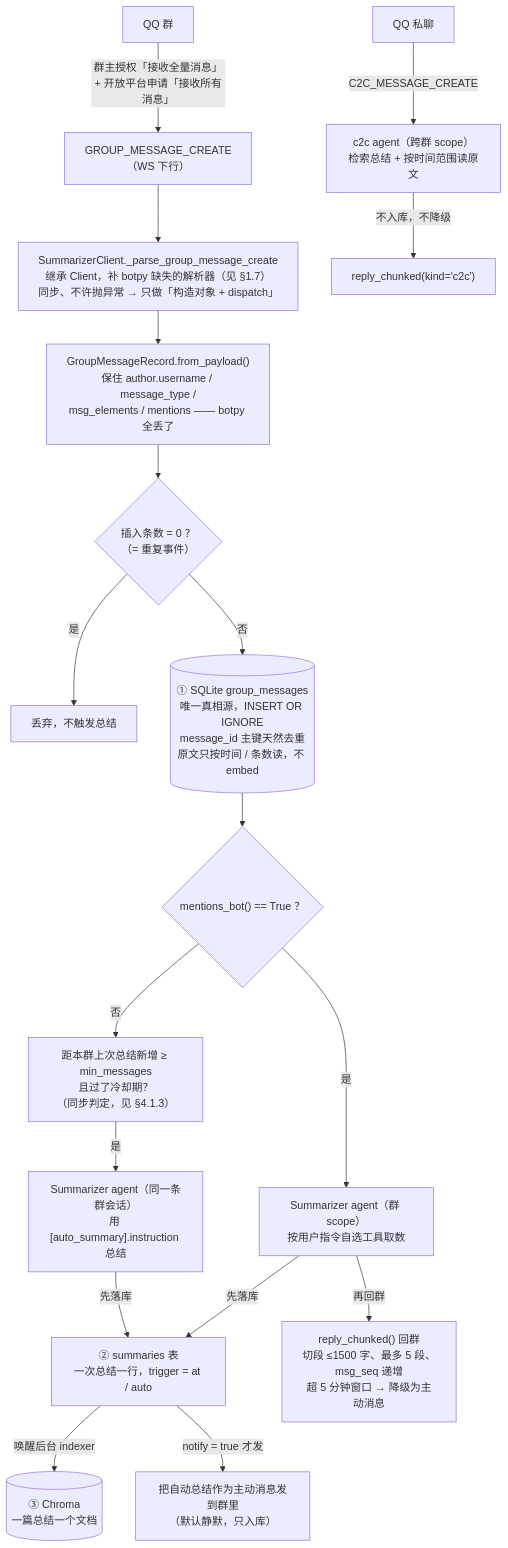
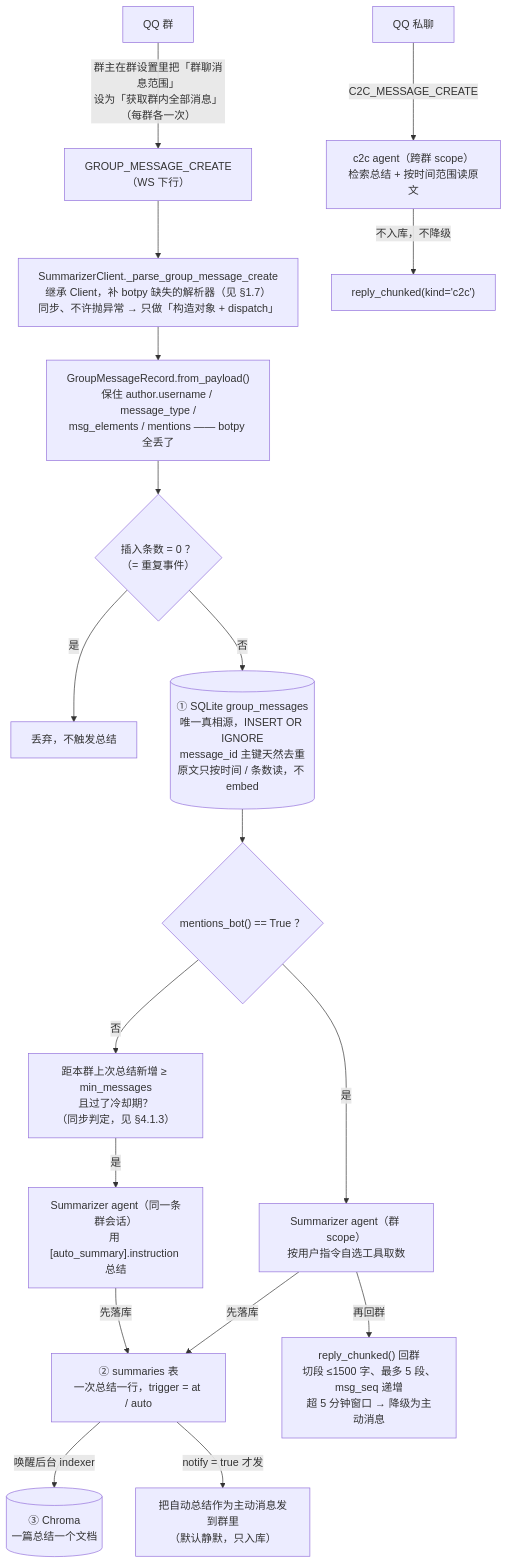
Before and after one commit to ttzc/QQ_Summarizer_bot: the second of 2 diagrams in CLAUDE.md, drawn with Mermaid. The commit also changed other lines of this file and 2 other files, not shown here.

````diff
--- a/CLAUDE.md
+++ b/CLAUDE.md
@@ -553,23 +554,23 @@
 ```mermaid
 flowchart TB
-    G["QQ 群"] -->|"群主授权「接收全量消息」<br/>+ 开放平台申请「接收所有消息」"| WS["GROUP_MESSAGE_CREATE（WS 下行）"]
+    G["QQ 群"] -->|"群主在群设置里把「群聊消息范围」<br/>设为「获取群内全部消息」（每群各一次）"| WS["GROUP_MESSAGE_CREATE（WS 下行）"]
     WS --> P["SummarizerClient._parse_group_message_create<br/>继承 Client，补 botpy 缺失的解析器（见 §1.7）<br/>同步、不许抛异常 → 只做「构造对象 + dispatch」"]
     P --> REC["GroupMessageRecord.from_payload()<br/>保住 author.username / message_type /<br/>msg_elements / mentions —— botpy 全丢了"]
     REC --> DUP{"插入条数 = 0 ？<br/>（= 重复事件）"}
     DUP -->|"是"| DROP["丢弃，不触发总结"]
     DUP -->|"否"| DB[("① SQLite group_messages<br/>唯一真相源，INSERT OR IGNORE<br/>message_id 主键天然去重<br/>原文只按时间 / 条数读，不 embed")]
 
     DB --> MQ{"mentions_bot() == True ？"}
     MQ -->|"是"| GA["Summarizer agent（群 scope）<br/>按用户指令自选工具取数"]
     MQ -->|"否"| CHK["距本群上次总结新增 ≥ min_messages<br/>且过了冷却期？<br/>（同步判定，见 §4.1.3）"]
     CHK -->|"是"| AU["Summarizer agent（同一条群会话）<br/>用 [auto_summary].instruction 总结"]
 
     GA -->|"先落库"| SUM["② summaries 表<br/>一次总结一行，trigger = at / auto"]
     AU -->|"先落库"| SUM
     GA -->|"再回群"| RC["reply_chunked() 回群<br/>切段 ≤1500 字、最多 5 段、msg_seq 递增<br/>超 5 分钟窗口 → 降级为主动消息"]
     SUM -->|"唤醒后台 indexer"| CH[("③ Chroma<br/>一篇总结一个文档")]
     SUM -->|"notify = true 才发"| PUSH["把自动总结作为主动消息发到群里<br/>（默认静默，只入库）"]
 
     C2C["QQ 私聊"] -->|"C2C_MESSAGE_CREATE"| CA["c2c agent（跨群 scope）<br/>检索总结 + 按时间范围读原文"]
     CA -->|"不入库，不降级"| CR["reply_chunked(kind='c2c')"]
 ```
````
